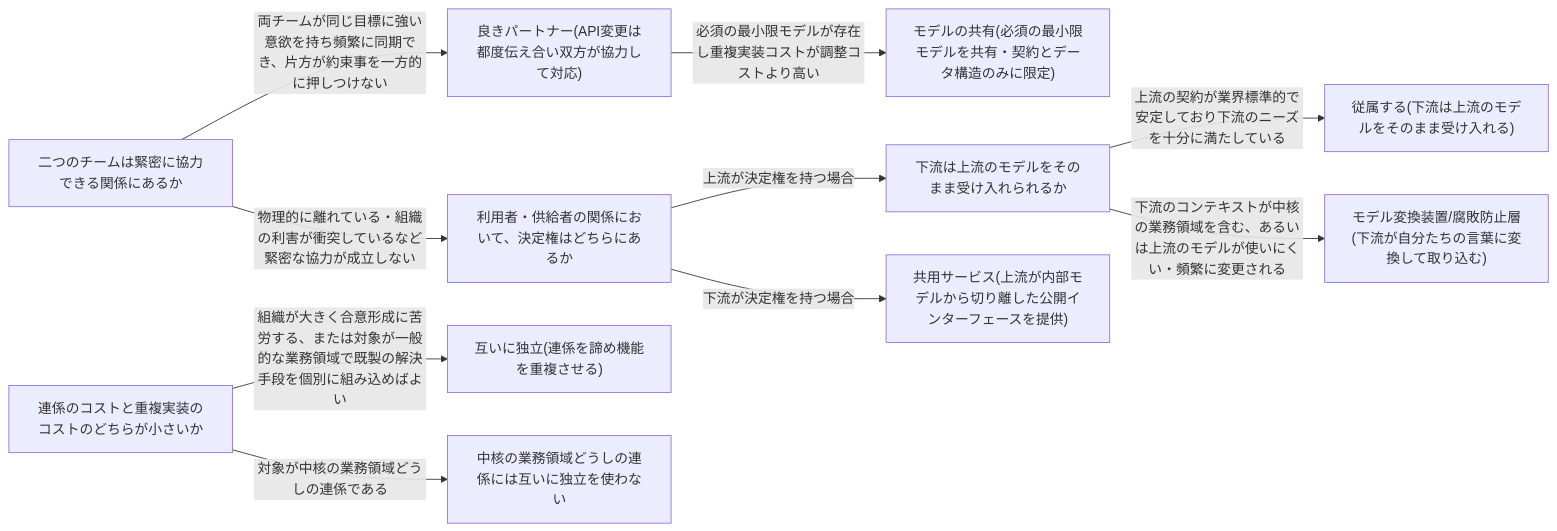
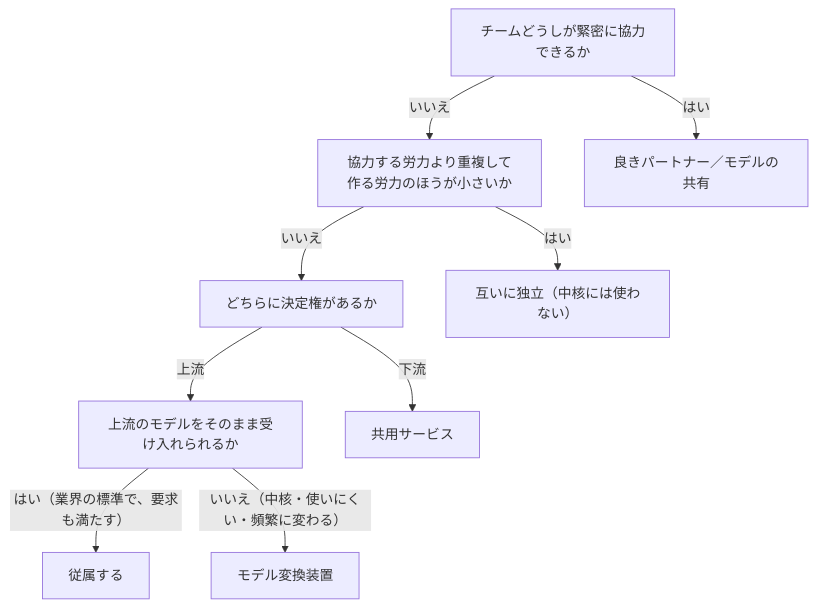
The eighth of 8 diagrams in .waffle/knowledge/ACTIVE/context-integration.md (daidaiiro-519/waffle), drawn with Mermaid before and after one commit. The commit also changed other lines of this file and 20 other files, not shown here.

````diff
--- a/.waffle/knowledge/ACTIVE/context-integration.md
+++ b/.waffle/knowledge/ACTIVE/context-integration.md
@@ -50,23 +306,20 @@
 ```mermaid
-flowchart LR
-    q1["二つのチームは緊密に協力できる関係にあるか"]
-    r1["良きパートナー(API変更は都度伝え合い双方が協力して対応)"]
-    r2["モデルの共有(必須の最小限モデルを共有・契約とデータ構造のみに限定)"]
-    q2["利用者・供給者の関係において、決定権はどちらにあるか"]
-    q3["下流は上流のモデルをそのまま受け入れられるか"]
-    r3["共用サービス(上流が内部モデルから切り離した公開インターフェースを提供)"]
-    r4["従属する(下流は上流のモデルをそのまま受け入れる)"]
-    r5["モデル変換装置/腐敗防止層(下流が自分たちの言葉に変換して取り込む)"]
-    q4["連係のコストと重複実装のコストのどちらが小さいか"]
-    r6["互いに独立(連係を諦め機能を重複させる)"]
-    r7["中核の業務領域どうしの連係には互いに独立を使わない"]
-    q1 -->|"両チームが同じ目標に強い意欲を持ち頻繁に同期でき、片方が約束事を一方的に押しつけない"| r1
-    r1 -->|"必須の最小限モデルが存在し重複実装コストが調整コストより高い"| r2
-    q1 -->|"物理的に離れている・組織の利害が衝突しているなど緊密な協力が成立しない"| q2
-    q2 -->|"上流が決定権を持つ場合"| q3
-    q2 -->|"下流が決定権を持つ場合"| r3
-    q3 -->|"上流の契約が業界標準的で安定しており下流のニーズを十分に満たしている"| r4
-    q3 -->|"下流のコンテキストが中核の業務領域を含む、あるいは上流のモデルが使いにくい・頻繁に変更される"| r5
-    q4 -->|"組織が大きく合意形成に苦労する、または対象が一般的な業務領域で既製の解決手段を個別に組み込めばよい"| r6
-    q4 -->|"対象が中核の業務領域どうしの連係である"| r7
+flowchart TD
+    n0["チームどうしが緊密に協力できるか"]
+    n1["どちらに決定権があるか"]
+    n2["上流のモデルをそのまま受け入れられるか"]
+    n3["協力する労力より重複して作る労力のほうが小さいか"]
+    n4["良きパートナー／モデルの共有"]
+    n5["共用サービス"]
+    n6["従属する"]
+    n7["モデル変換装置"]
+    n8["互いに独立（中核には使わない）"]
+    n0 -->|"はい"| n4
+    n0 -->|"いいえ"| n3
+    n3 -->|"はい"| n8
+    n3 -->|"いいえ"| n1
+    n1 -->|"下流"| n5
+    n1 -->|"上流"| n2
+    n2 -->|"はい（業界の標準で、要求も満たす）"| n6
+    n2 -->|"いいえ（中核・使いにくい・頻繁に変わる）"| n7
 ```
````
